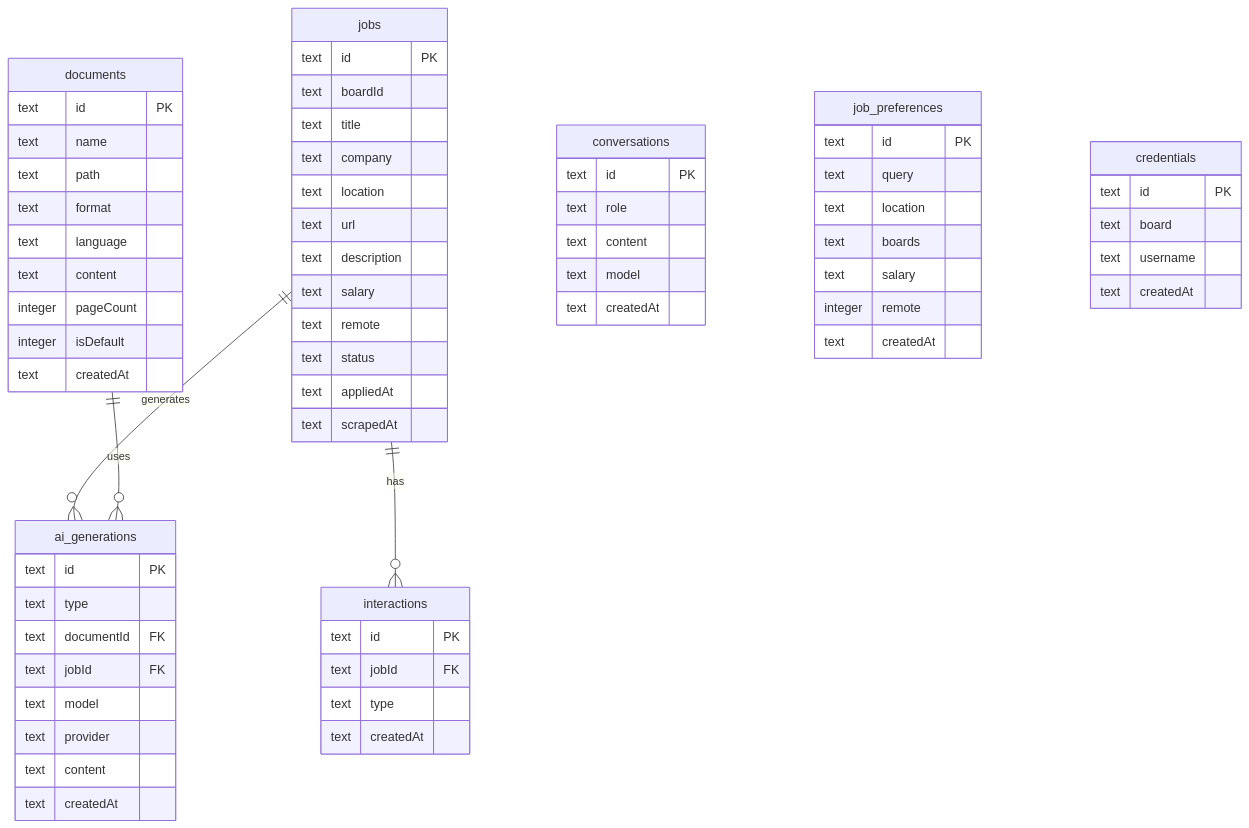
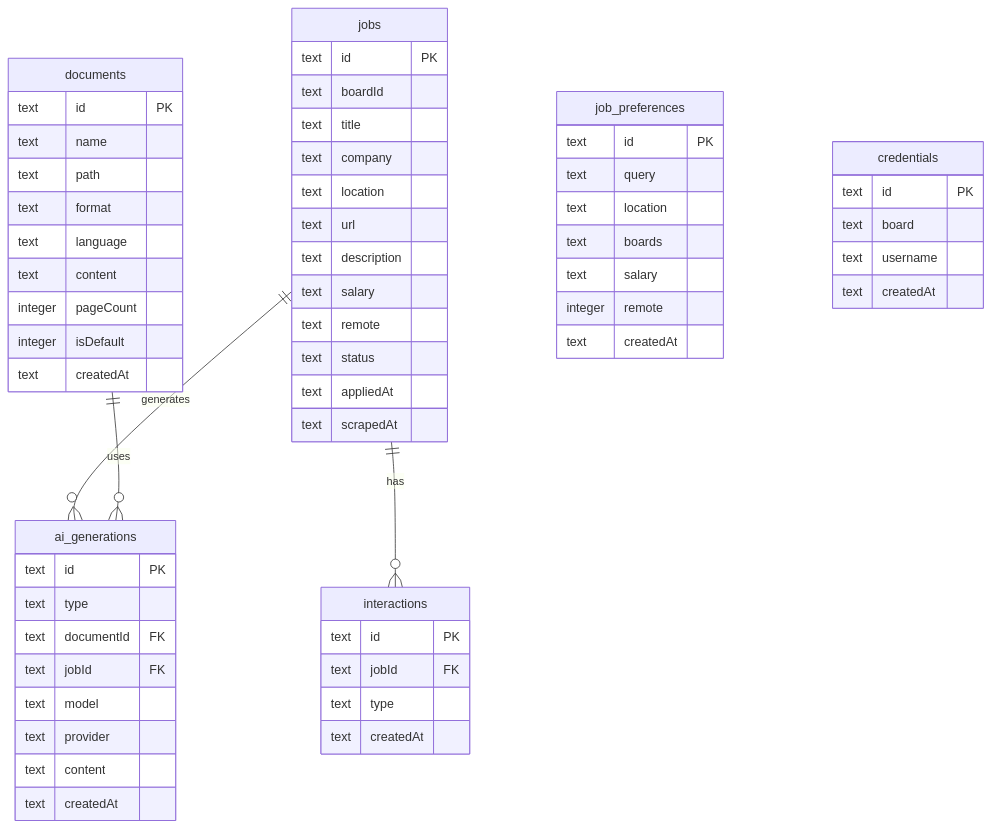
The sixth of 7 diagrams in docs/ARCHITECTURE.md (saeedkolivand/ai-job-hunter-app), drawn with Mermaid before and after one commit. The commit also changed other lines of this file and 5 other files, not shown here.

First line of the commit message:
docs: sync api, adrs and diagram for builder, agent install, chat removal (#330)

````diff
--- a/docs/ARCHITECTURE.md
+++ b/docs/ARCHITECTURE.md
@@ -302,76 +301,68 @@
 ```mermaid
 erDiagram
     documents {
         text id PK
         text name
         text path
         text format
         text language
         text content
         integer pageCount
         integer isDefault
         text createdAt
     }
 
     jobs {
         text id PK
         text boardId
         text title
         text company
         text location
         text url
         text description
         text salary
         text remote
         text status
         text appliedAt
         text scrapedAt
     }
 
     interactions {
         text id PK
         text jobId FK
         text type
         text createdAt
     }
 
     ai_generations {
         text id PK
         text type
         text documentId FK
         text jobId FK
         text model
         text provider
         text content
         text createdAt
     }
 
-    conversations {
-        text id PK
-        text role
-        text content
-        text model
-        text createdAt
-    }
-
     job_preferences {
         text id PK
         text query
         text location
         text boards
         text salary
         integer remote
         text createdAt
     }
 
     credentials {
         text id PK
         text board
         text username
         text createdAt
     }
 
     jobs ||--o{ interactions : "has"
     jobs ||--o{ ai_generations : "generates"
     documents ||--o{ ai_generations : "uses"
 ```
````
